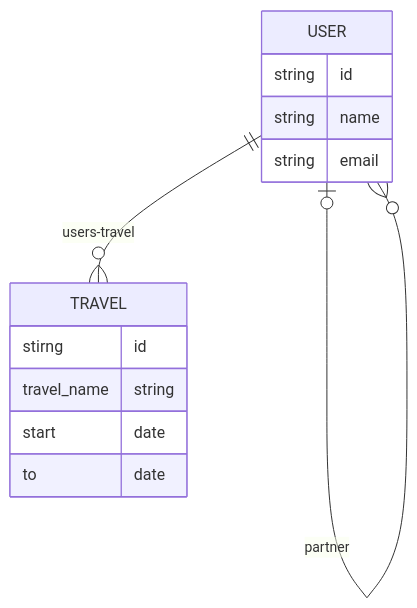
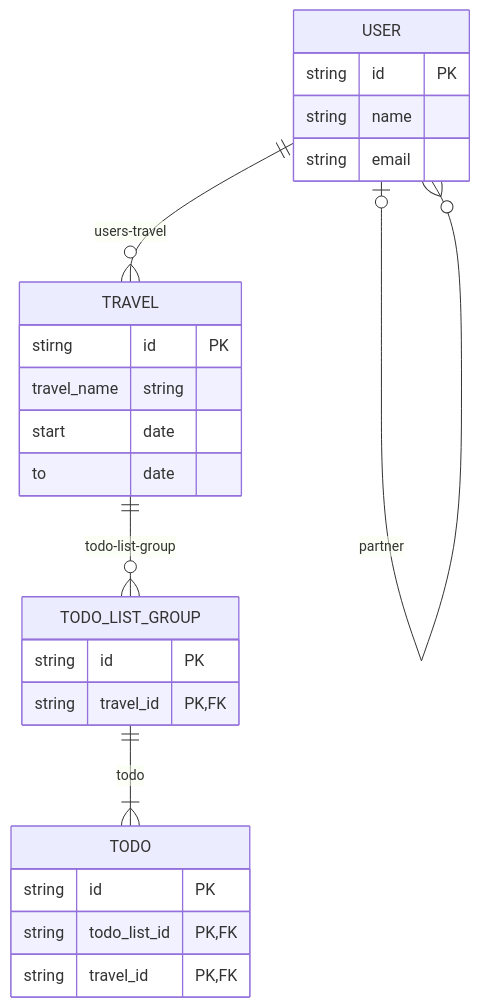
One commit to hitohata/WhereWereWe changed the diagram in docs/project/docs/data-structure/schema.md. Above: the diagram before and after it, drawn with Mermaid.

Commit message:
docs: added the schema

````diff
--- a/docs/project/docs/data-structure/schema.md
+++ b/docs/project/docs/data-structure/schema.md
@@ -3,20 +3,32 @@
 ```mermaid
 erDiagram
 
     USER {
-        string id
+        string id PK
         string name
         string email
     }
     
     TRAVEL {
-        stirng id
+        stirng id PK
         travel_name string
         start date
         to date
     }
+    
+    TODO_LIST_GROUP {
+        string id PK
+        string travel_id PK,FK
+    }
+    
+    TODO {
+        string id PK
+        string todo_list_id PK,FK
+        string travel_id PK,FK
+    }
 
     USER |o--o{ USER : partner
     USER ||--o{ TRAVEL: users-travel
-
+    TRAVEL ||--o{ TODO_LIST_GROUP: todo-list-group
+    TODO_LIST_GROUP ||--|{ TODO: todo
 ```
````
